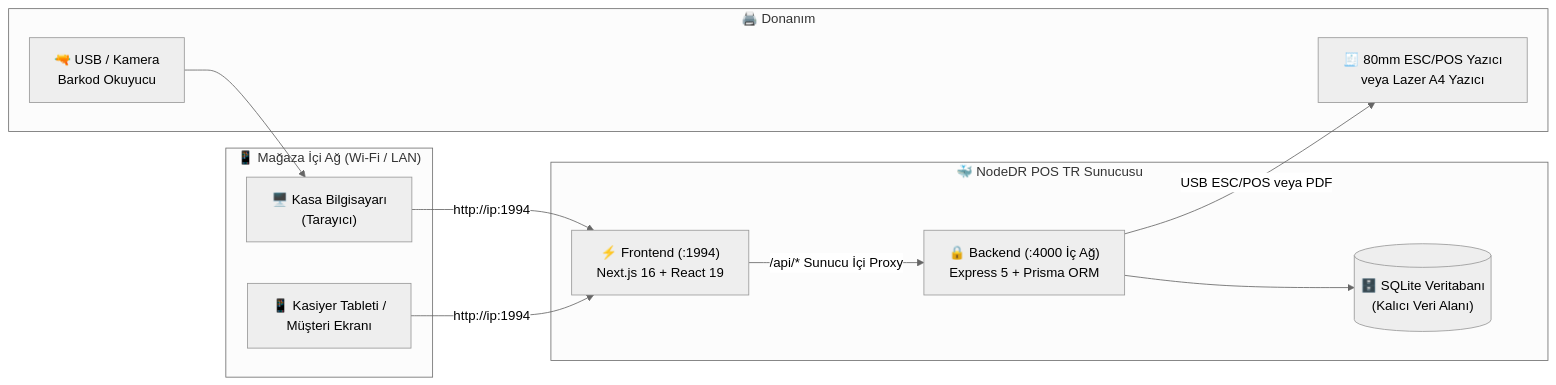
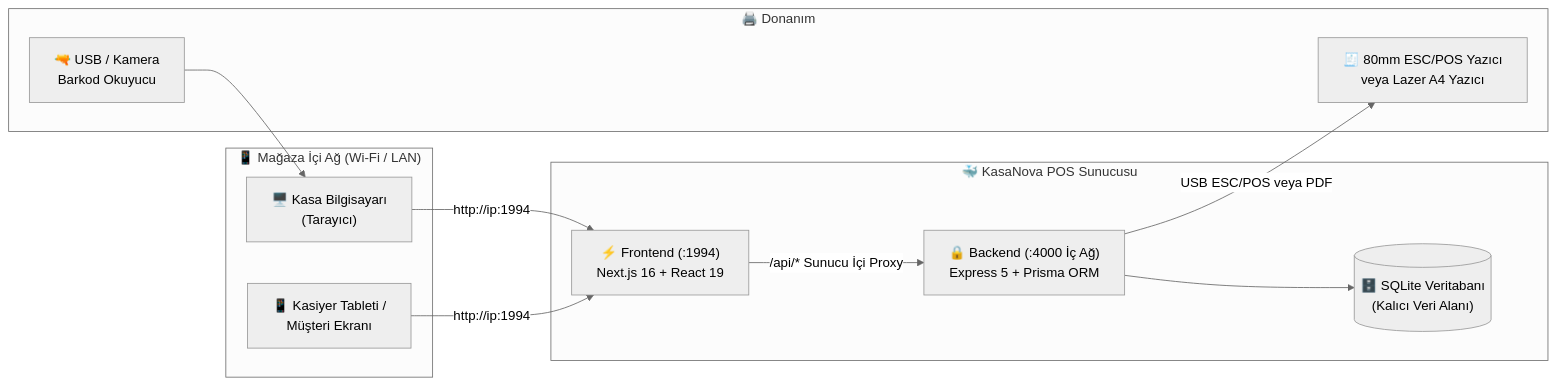
Before and after one commit to ibrahimgenc27/kasanova-pos: the diagram in README.md, drawn with Mermaid (neutral theme). The commit also changed other lines of this file and 30 other files, not shown here.

Commit message:
feat: KasaNova POS marka, yeni logo ve ekran görüntüleri güncellemesi

````diff
--- a/README.md
+++ b/README.md
@@ -210,25 +209,25 @@
 ```mermaid
 flowchart LR
     subgraph LAN["📱 Mağaza İçi Ağ (Wi-Fi / LAN)"]
         PC["🖥️ Kasa Bilgisayarı\n(Tarayıcı)"]
         TAB["📱 Kasiyer Tableti /\nMüşteri Ekranı"]
     end
 
-    subgraph Server["🐳 NodeDR POS TR Sunucusu"]
+    subgraph Server["🐳 KasaNova POS Sunucusu"]
         FE["⚡ Frontend (:1994)\nNext.js 16 + React 19"]
         BE["🔒 Backend (:4000 İç Ağ)\nExpress 5 + Prisma ORM"]
         DB[("🗄️ SQLite Veritabanı\n(Kalıcı Veri Alanı)")]
     end
 
     subgraph HW["🖨️ Donanım"]
         PRN["🧾 80mm ESC/POS Yazıcı\nveya Lazer A4 Yazıcı"]
         SCN["🔫 USB / Kamera\nBarkod Okuyucu"]
     end
 
     PC -->|http://ip:1994| FE
     TAB -->|http://ip:1994| FE
     SCN --> PC
     FE -->|/api/* Sunucu İçi Proxy| BE
     BE --> DB
     BE -->|USB ESC/POS veya PDF| PRN
 ```
````
